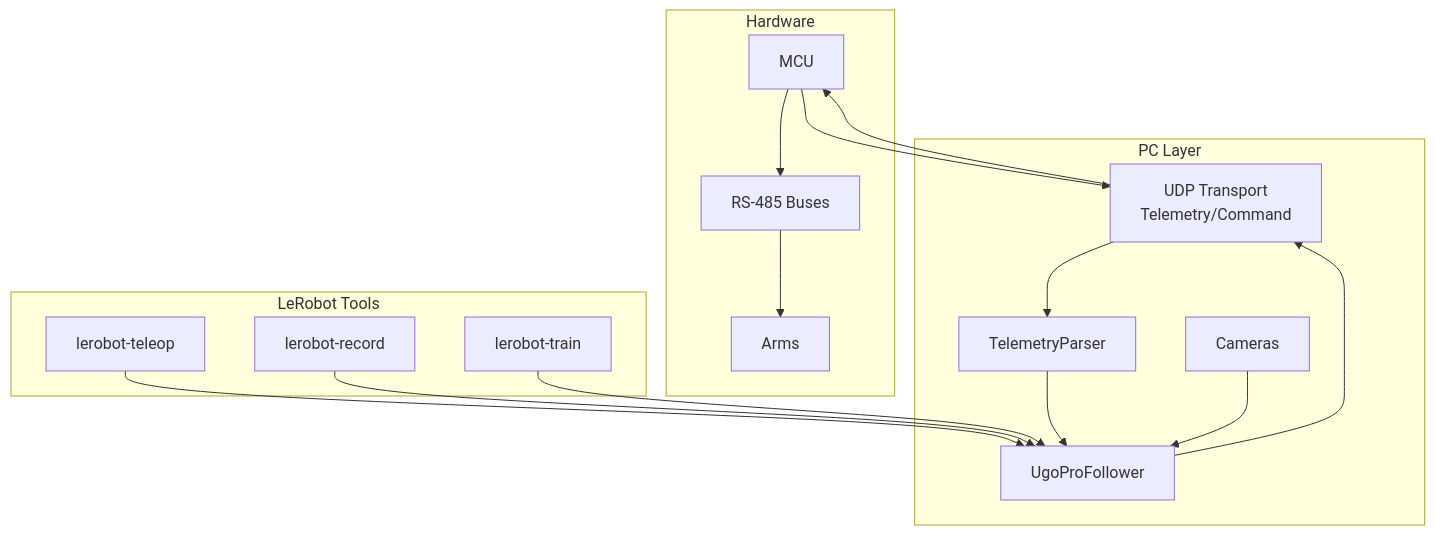
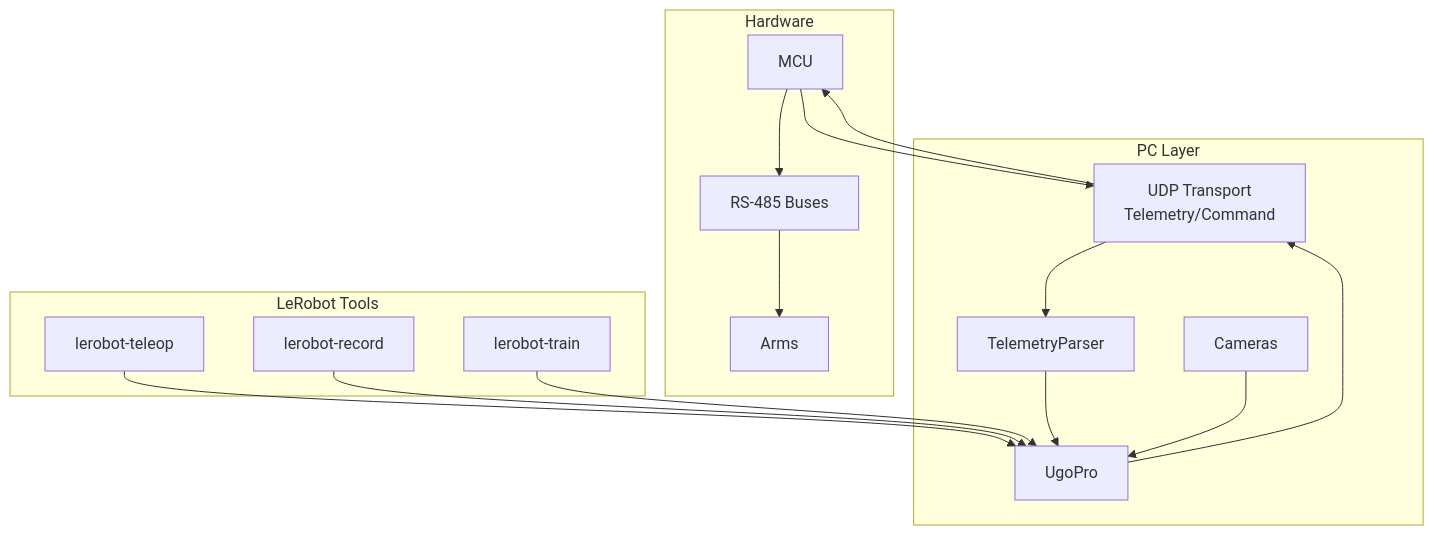
One commit to ugo-plus/lerobot-robot-ugo-pro changed the fifth of 16 diagrams in docs/lerobot_ugo_pro_design.md. Above: the diagram before and after it, drawn with Mermaid. The commit also changed other lines of this file and 12 other files, not shown here.

````diff
--- a/docs/lerobot_ugo_pro_design.md
+++ b/docs/lerobot_ugo_pro_design.md
@@ -109,23 +109,23 @@
 ```mermaid
 flowchart TB
     subgraph Hardware
         MCU
         RS485[RS-485 Buses]
         Arms
     end
     subgraph PC Layer
         Transport[UDP Transport<br>Telemetry/Command]
         Parser[TelemetryParser]
-        RobotClass[UgoProFollower]
+        RobotClass[UgoPro]
         Cameras
     end
     subgraph LeRobot Tools
         Teleop[lerobot-teleop]
         Record[lerobot-record]
         Train[lerobot-train]
     end
     Teleop & Record & Train --> RobotClass
     RobotClass --> Transport --> MCU --> RS485 --> Arms
     MCU --> Transport --> Parser --> RobotClass
     Cameras --> RobotClass
 ```
````
